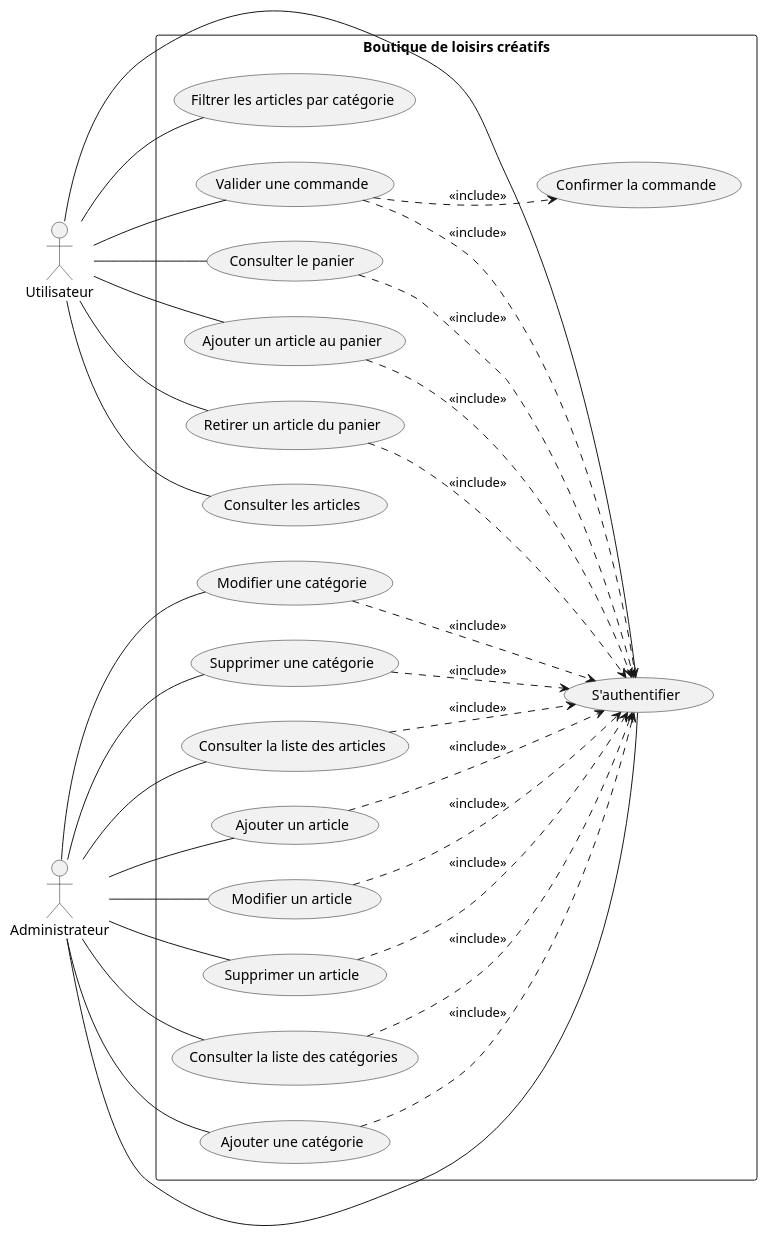
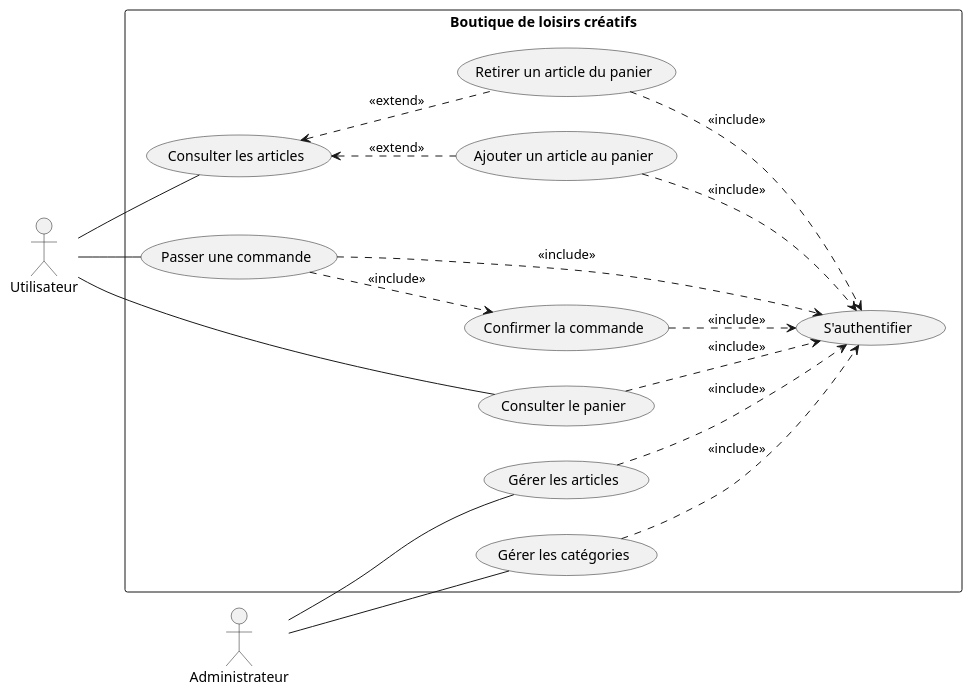
Before and after one commit to PinsolleP/Dev-Web-Boutique-en-ligne: the diagram in conception/useCase.puml, drawn with PlantUML.

Commit message:
Grosse correction

```diff
--- a/conception/useCase.puml
+++ b/conception/useCase.puml
@@ -1,64 +1,40 @@
 @startuml
 left to right direction
 
 actor "Utilisateur" as U
 actor "Administrateur" as A
 
 rectangle "Boutique de loisirs créatifs" {
     usecase "Consulter les articles" as UC1
-    usecase "Filtrer les articles par catégorie" as UC2
-    usecase "Consulter le panier" as UC3
-    usecase "Ajouter un article au panier" as UC4
-    usecase "Retirer un article du panier" as UC5
-    usecase "Valider une commande" as UC6
-    usecase "Confirmer la commande" as UC7
+    usecase "Consulter le panier" as UC2
+    usecase "Ajouter un article au panier" as UC3
+    usecase "Retirer un article du panier" as UC4
+    usecase "Passer une commande" as UC5
+    usecase "Confirmer la commande" as UC6
 
-    usecase "Consulter la liste des articles" as UC8
-    usecase "Ajouter un article" as UC9
-    usecase "Modifier un article" as UC10
-    usecase "Supprimer un article" as UC11
-    usecase "Consulter la liste des catégories" as UC12
-    usecase "Ajouter une catégorie" as UC13
-    usecase "Modifier une catégorie" as UC14
-    usecase "Supprimer une catégorie" as UC15
-    usecase "S'authentifier" as UC16
-
-    UC6 -[hidden]down- UC7
+    usecase "Gérer les articles" as UC7
+    usecase "Gérer les catégories" as UC8
+    usecase "S'authentifier" as UC9
 
 }
-
+U -- UC5
 U -- UC1
 U -- UC2
-U -- UC3
-U -- UC4
-U -- UC5
-U -- UC6
-U -- UC16
 
+A -- UC7
 A -- UC8
-A -- UC9
-A -- UC10
-A -- UC11
-A -- UC12
-A -- UC13
-A -- UC14
-A -- UC15
-A -- UC16
 
-UC6 ..> UC7 : <<include>>
+UC1 <.. UC3 : <<extend>>
+UC1 <.. UC4 : <<extend>>
+UC5 ..> UC6 : <<include>>
 
-UC3 ..> UC16 : <<include>>
-UC4 ..> UC16 : <<include>>
-UC5 ..> UC16 : <<include>>
-UC6 ..> UC16 : <<include>>
+UC2 ..> UC9 : <<include>>
+UC3 ..> UC9 : <<include>>
+UC4 ..> UC9 : <<include>>
+UC5 ..> UC9 : <<include>>
+UC6 ..> UC9 : <<include>>
+UC7 ..> UC9 : <<include>>
+UC8 ..> UC9 : <<include>>
 
-UC8 ..> UC16 : <<include>>
-UC9 ..> UC16 : <<include>>
-UC10 ..> UC16 : <<include>>
-UC11 ..> UC16 : <<include>>
-UC12 ..> UC16 : <<include>>
-UC13 ..> UC16 : <<include>>
-UC14 ..> UC16 : <<include>>
-UC15 ..> UC16 : <<include>>
 
 @enduml
```
